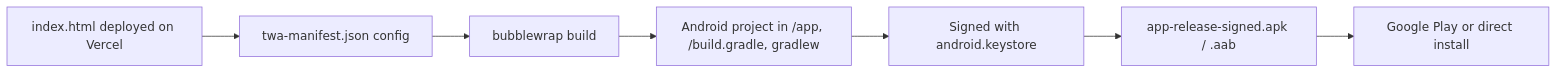
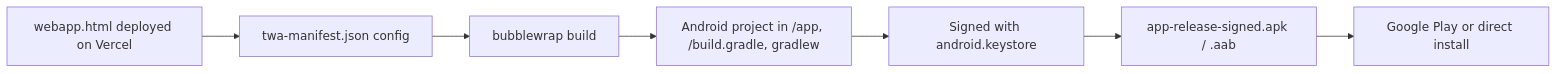
The diagram in docs/deployment.md (fadhillahmaurizky-crypto/ai-finance-app), drawn with Mermaid before and after one commit. The commit also changed other lines of this file and 7 other files, not shown here.

````diff
--- a/docs/deployment.md
+++ b/docs/deployment.md
@@ -22,9 +22,9 @@
 ```mermaid
 flowchart LR
-    A[index.html deployed on Vercel] --> B[twa-manifest.json config]
+    A[webapp.html deployed on Vercel] --> B[twa-manifest.json config]
     B --> C[bubblewrap build]
     C --> D[Android project in /app, /build.gradle, gradlew]
     D --> E[Signed with android.keystore]
     E --> F[app-release-signed.apk / .aab]
     F --> G[Google Play or direct install]
 ```
````
